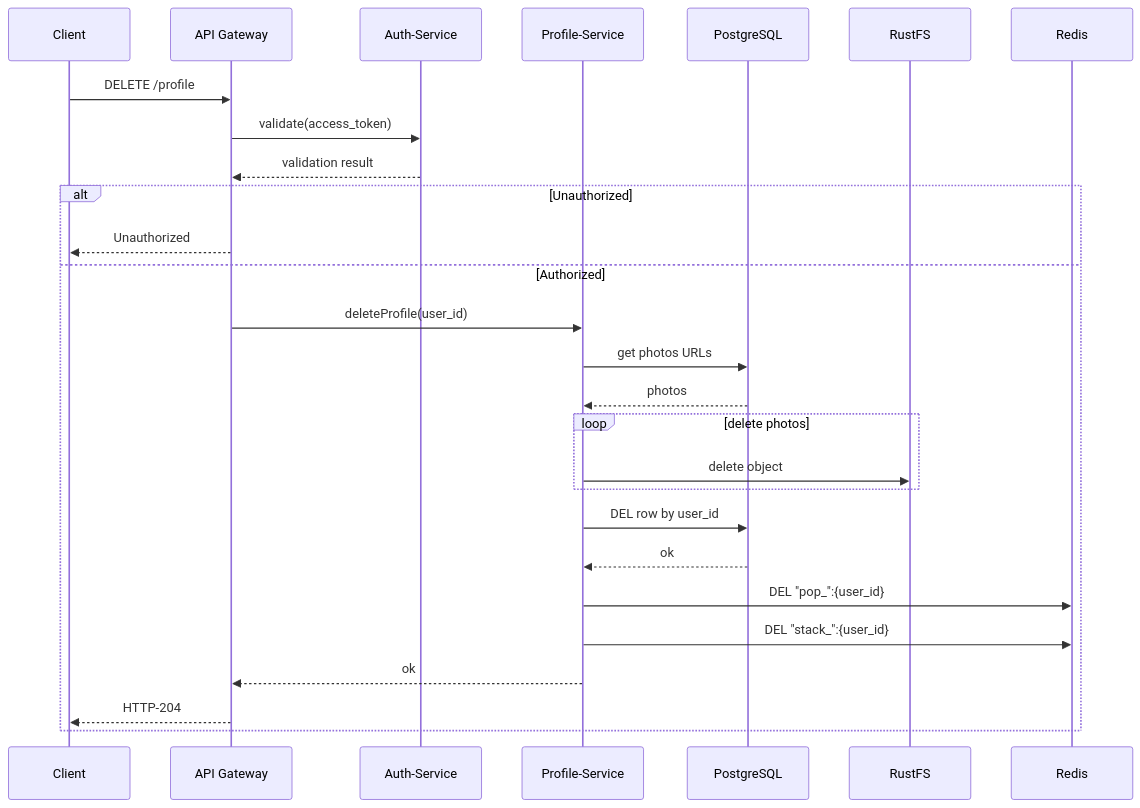
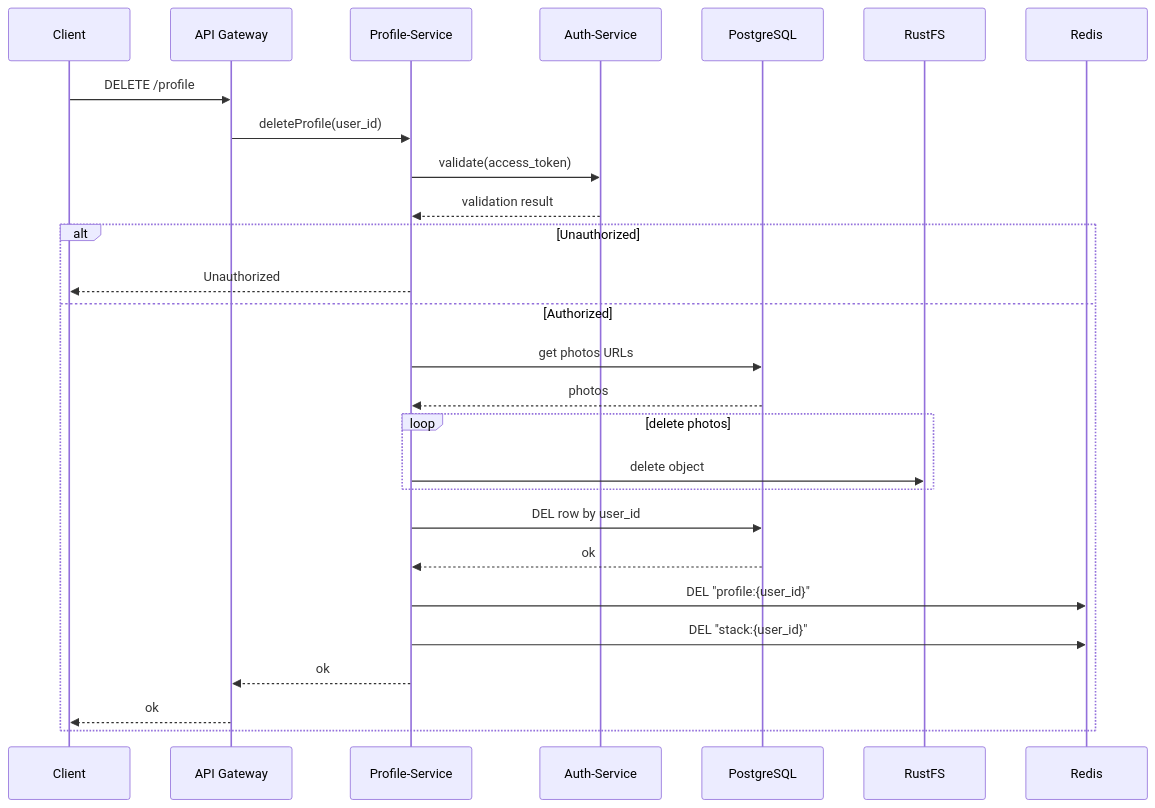
The fourth of 9 diagrams in docs/workflow-informative.md (isOdin-l/TinderArt), drawn with Mermaid before and after one commit. The commit also changed other lines of this file and 5 other files, not shown here.

Commit message:
docs: updated workflow, architecture, structures docs

````diff
--- a/docs/workflow-informative.md
+++ b/docs/workflow-informative.md
@@ -104,36 +103,35 @@
 ```mermaid
 sequenceDiagram
     participant Client          as Client
     participant Gateway         as API Gateway
+    participant Profile         as Profile-Service
     participant Auth            as Auth-Service
-    participant Profile         as Profile-Service
     participant DB              as PostgreSQL
     participant S3              as RustFS
     participant Cache           as Redis
 
     Client->>Gateway: DELETE /profile
-    Gateway->>Auth: validate(access_token)
-    Auth-->>Gateway: validation result
+    Gateway->>Profile: deleteProfile(user_id)
+    Profile->>Auth: validate(access_token)
+    Auth-->>Profile: validation result
 
     alt Unauthorized
-        Gateway-->>Client: Unauthorized
+        Profile-->>Client: Unauthorized
     else Authorized
-        Gateway->>Profile: deleteProfile(user_id)
-
         Profile->>DB: get photos URLs
         DB-->>Profile: photos
 
         loop delete photos
             Profile->>S3: delete object
         end
 
         Profile->>DB: DEL row by user_id
         DB-->>Profile: ok
 
-        Profile->>Cache: DEL "pop_":{user_id}
-        Profile->>Cache: DEL "stack_":{user_id}
+        Profile->>Cache: DEL "profile:{user_id}"
+        Profile->>Cache: DEL "stack:{user_id}"
 
         Profile-->>Gateway: ok
-        Gateway-->>Client: HTTP-204 
+        Gateway-->>Client: ok 
     end
 ```
````
